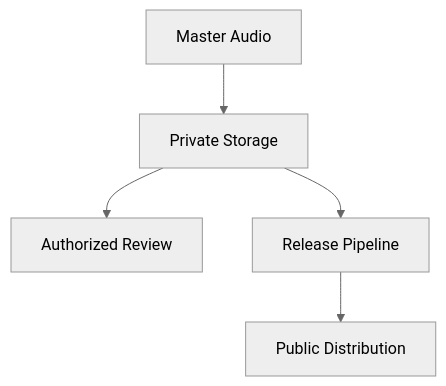
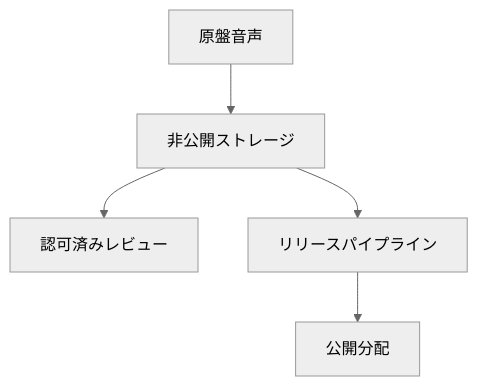
Before and after one commit to ShigeichiroYamasaki/creator-first-platform: the ninth of 48 diagrams in docs/whitepaper/10-security.md, drawn with Mermaid (neutral theme). The commit also changed other lines of this file and 72 other files, not shown here.

````diff
--- a/docs/whitepaper/10-security.md
+++ b/docs/whitepaper/10-security.md
@@ -299,12 +299,12 @@
 ```mermaid
 flowchart TD
-    MASTER[Master Audio]
-    PRIVATE[Private Storage]
-    REVIEW[Authorized Review]
-    RELEASE[Release Pipeline]
-    PUBLIC[Public Distribution]
+    MASTER[原盤音声]
+    PRIVATE[非公開ストレージ]
+    REVIEW[認可済みレビュー]
+    RELEASE[リリースパイプライン]
+    PUBLIC[公開分配]
 
     MASTER --> PRIVATE
     PRIVATE --> REVIEW
     PRIVATE --> RELEASE --> PUBLIC
 ```
````
